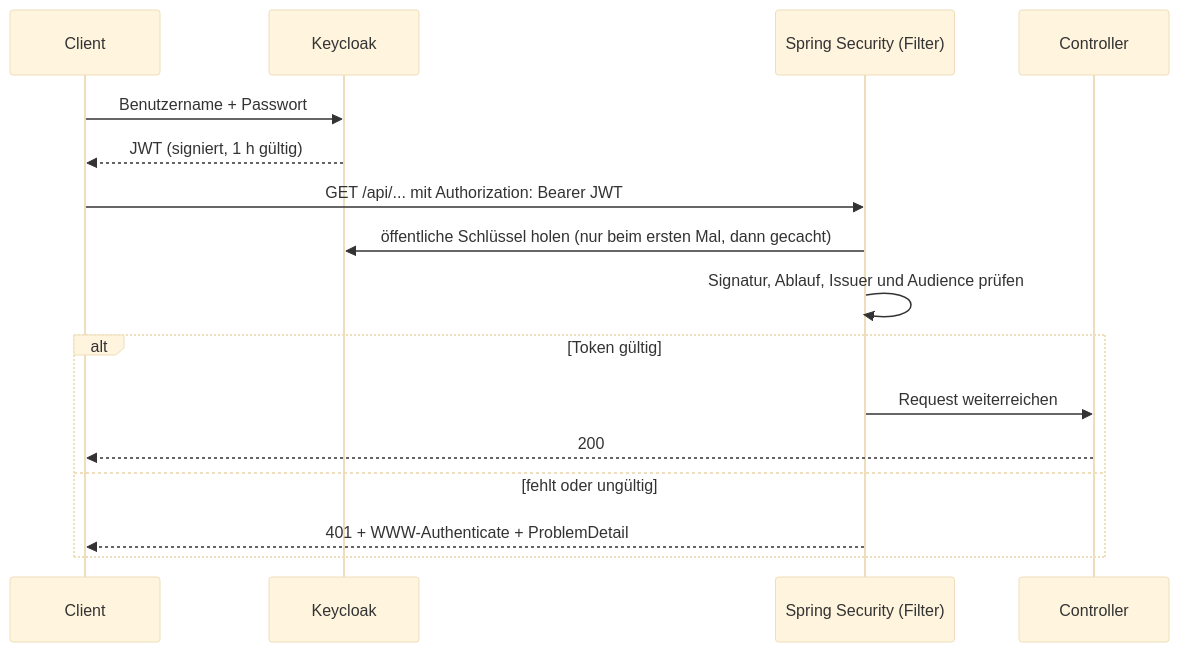
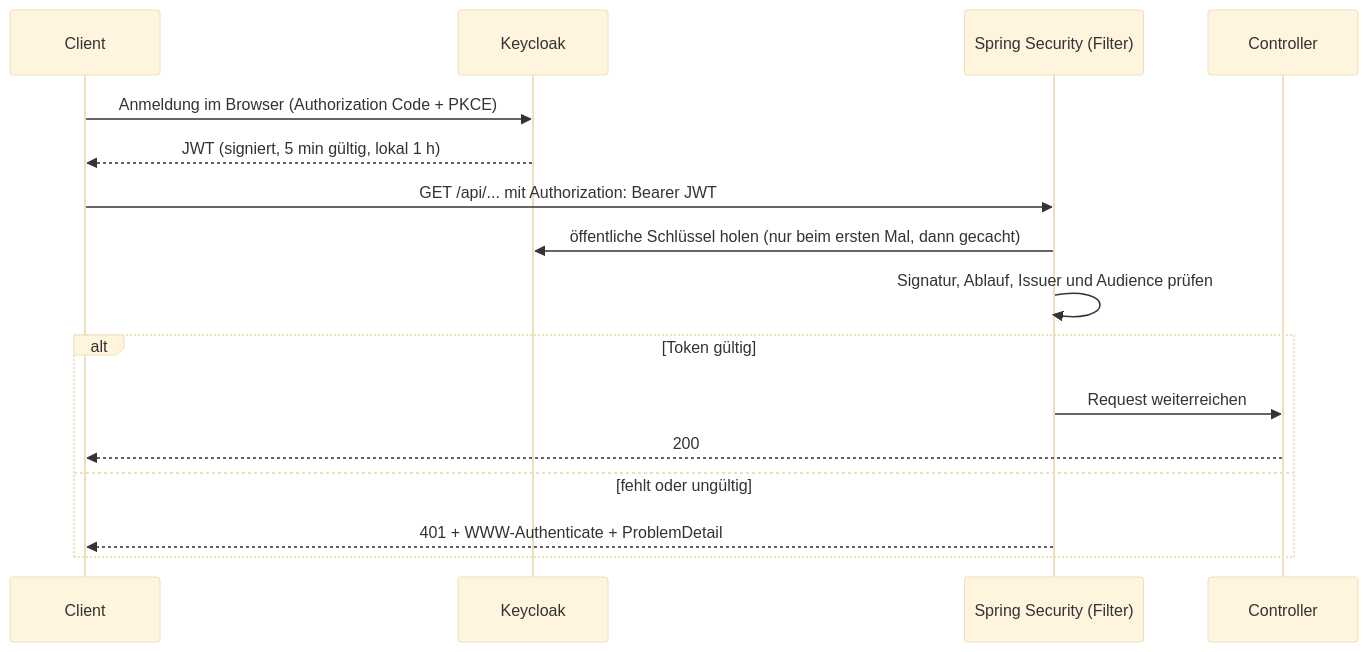
Before and after one commit to max-ziel/StorageKeeper: the fourth of 10 diagrams in docs/DOMAIN_MODEL.md, drawn with Mermaid (base theme). The commit also changed other lines of this file and 140 other files, not shown here.

````diff
--- a/docs/DOMAIN_MODEL.md
+++ b/docs/DOMAIN_MODEL.md
@@ -556,19 +589,19 @@
 ```mermaid
 sequenceDiagram
     participant C as Client
     participant K as Keycloak
     participant F as Spring Security (Filter)
     participant W as Controller
 
-    C->>K: Benutzername + Passwort
-    K-->>C: JWT (signiert, 1 h gültig)
+    C->>K: Anmeldung im Browser (Authorization Code + PKCE)
+    K-->>C: JWT (signiert, 5 min gültig, lokal 1 h)
     C->>F: GET /api/... mit Authorization: Bearer JWT
     F->>K: öffentliche Schlüssel holen (nur beim ersten Mal, dann gecacht)
     F->>F: Signatur, Ablauf, Issuer und Audience prüfen
     alt Token gültig
         F->>W: Request weiterreichen
         W-->>C: 200
     else fehlt oder ungültig
         F-->>C: 401 + WWW-Authenticate + ProblemDetail
     end
 ```
````
